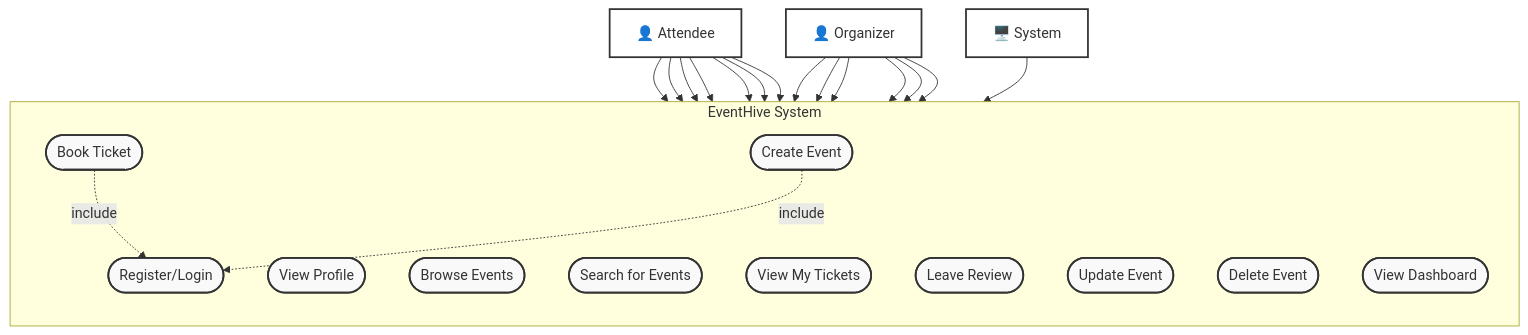
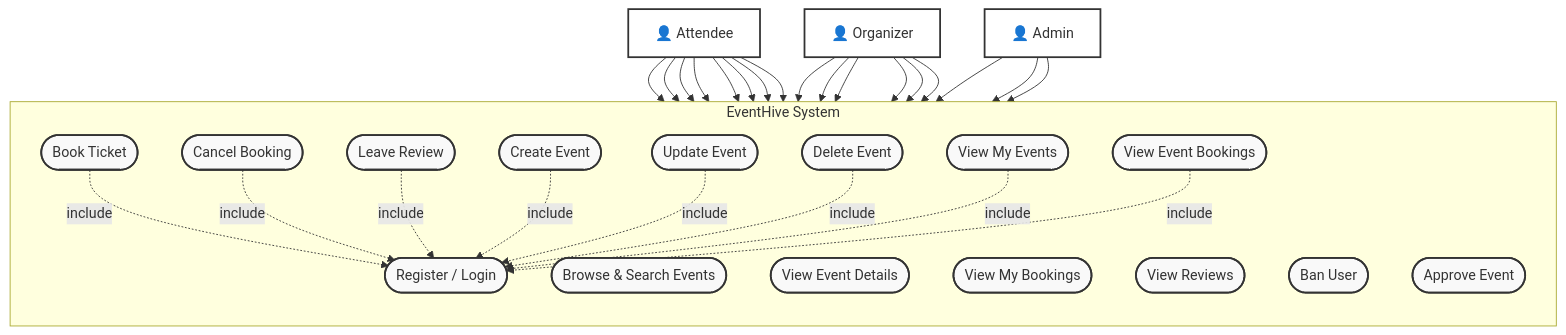
Before and after one commit to CodeVoyager-bit/EventHive: the diagram in useCaseDiagram.md, drawn with Mermaid. The commit also changed 9 other files, not shown here.

````diff
--- a/useCaseDiagram.md
+++ b/useCaseDiagram.md
@@ -10,54 +10,68 @@
 ```mermaid
 graph TD
     %% Actors
     A[👤 Attendee]
     O[👤 Organizer]
-    S[🖥️ System]
+    AD[👤 Admin]
 
     %% System Boundary
     subgraph EventHive_System [EventHive System]
         direction TB
-        UC1([Register/Login])
-        UC2([View Profile])
+        UC1([Register / Login])
         
-        UC3([Browse Events])
-        UC4([Search for Events])
-        UC5([Book Ticket])
-        UC6([View My Tickets])
+        UC2([Browse & Search Events])
+        UC3([View Event Details])
+        UC4([Book Ticket])
+        UC5([View My Bookings])
+        UC6([Cancel Booking])
         UC7([Leave Review])
+        UC8([View Reviews])
 
-        UC8([Create Event])
-        UC9([Update Event])
-        UC10([Delete Event])
-        UC11([View Dashboard])
+        UC9([Create Event])
+        UC10([Update Event])
+        UC11([Delete Event])
+        UC12([View My Events])
+        UC13([View Event Bookings])
+
+        UC14([Ban User])
+        UC15([Approve Event])
     end
 
     %% Relationships
     A --> UC1
     A --> UC2
     A --> UC3
     A --> UC4
     A --> UC5
     A --> UC6
     A --> UC7
+    A --> UC8
 
     O --> UC1
-    O --> UC2
-    O --> UC8
     O --> UC9
     O --> UC10
     O --> UC11
+    O --> UC12
+    O --> UC13
+    
+    AD --> UC1
+    AD --> UC14
+    AD --> UC15
 
-    %% Includes (represented as dotted lines)
-    UC5 -.->|include| UC1
-    UC8 -.->|include| UC1
-    
-    S --> UC1
+    %% Includes
+    UC4 -.->|include| UC1
+    UC6 -.->|include| UC1
+    UC7 -.->|include| UC1
+    UC9 -.->|include| UC1
+    UC10 -.->|include| UC1
+    UC11 -.->|include| UC1
+    UC12 -.->|include| UC1
+    UC13 -.->|include| UC1
 
-    %% Styling to mimic Use Case Diagram
+    %% Styling
     classDef actor fill:#fff,stroke:#333,stroke-width:2px;
     classDef usecase fill:#f9f9f9,stroke:#333,stroke-width:2px,rx:20,ry:20;
     
-    class A,O,S actor;
-    class UC1,UC2,UC3,UC4,UC5,UC6,UC7,UC8,UC9,UC10,UC11 usecase;
+    class A,O,AD actor;
+    class UC1,UC2,UC3,UC4,UC5,UC6,UC7,UC8,UC9,UC10,UC11,UC12,UC13,UC14,UC15 usecase;
 ```
````
